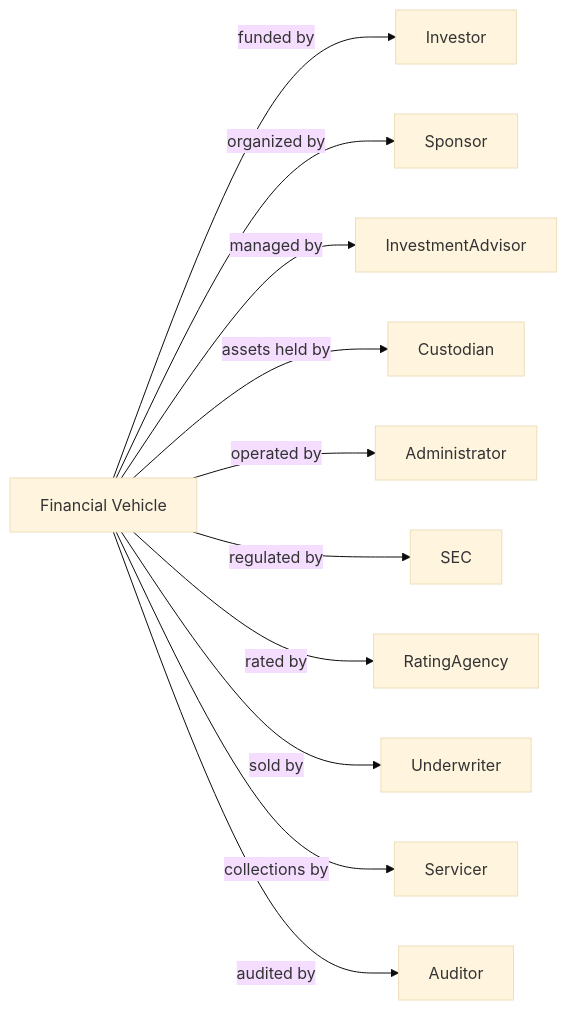
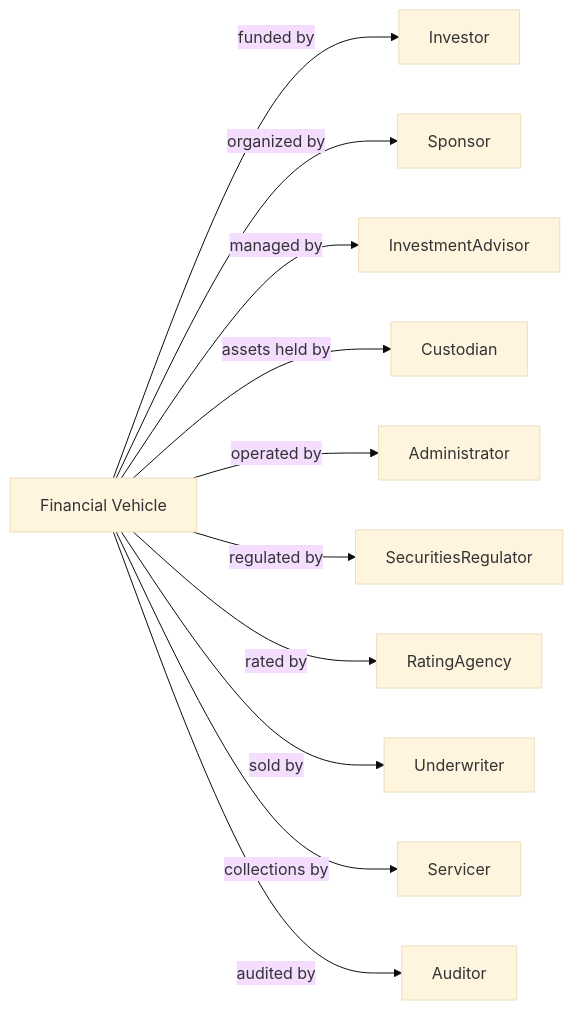
The second of 2 diagrams in Finance/FundsTrustsAndOtherFinancialVehicles/OtherInvestmentPoolsAndFunds/OtherFinancialVehicles.mdx (dot-org-ai/industries.org.ai), drawn with Mermaid (base theme) before and after one commit. The commit also changed other lines of this file and 639 other files, not shown here.

````diff
--- a/Finance/FundsTrustsAndOtherFinancialVehicles/OtherInvestmentPoolsAndFunds/OtherFinancialVehicles.mdx
+++ b/Finance/FundsTrustsAndOtherFinancialVehicles/OtherInvestmentPoolsAndFunds/OtherFinancialVehicles.mdx
@@ -131,15 +131,15 @@
 ```mermaid
 graph LR
     Vehicle[Financial Vehicle]
 
     Vehicle -->|funded by| Investor
     Vehicle -->|organized by| Sponsor
     Vehicle -->|managed by| InvestmentAdvisor
     Vehicle -->|assets held by| Custodian
     Vehicle -->|operated by| Administrator
-    Vehicle -->|regulated by| SEC
+    Vehicle -->|regulated by| SecuritiesRegulator
     Vehicle -->|rated by| RatingAgency
     Vehicle -->|sold by| Underwriter
     Vehicle -->|collections by| Servicer
     Vehicle -->|audited by| Auditor
 ```
````
